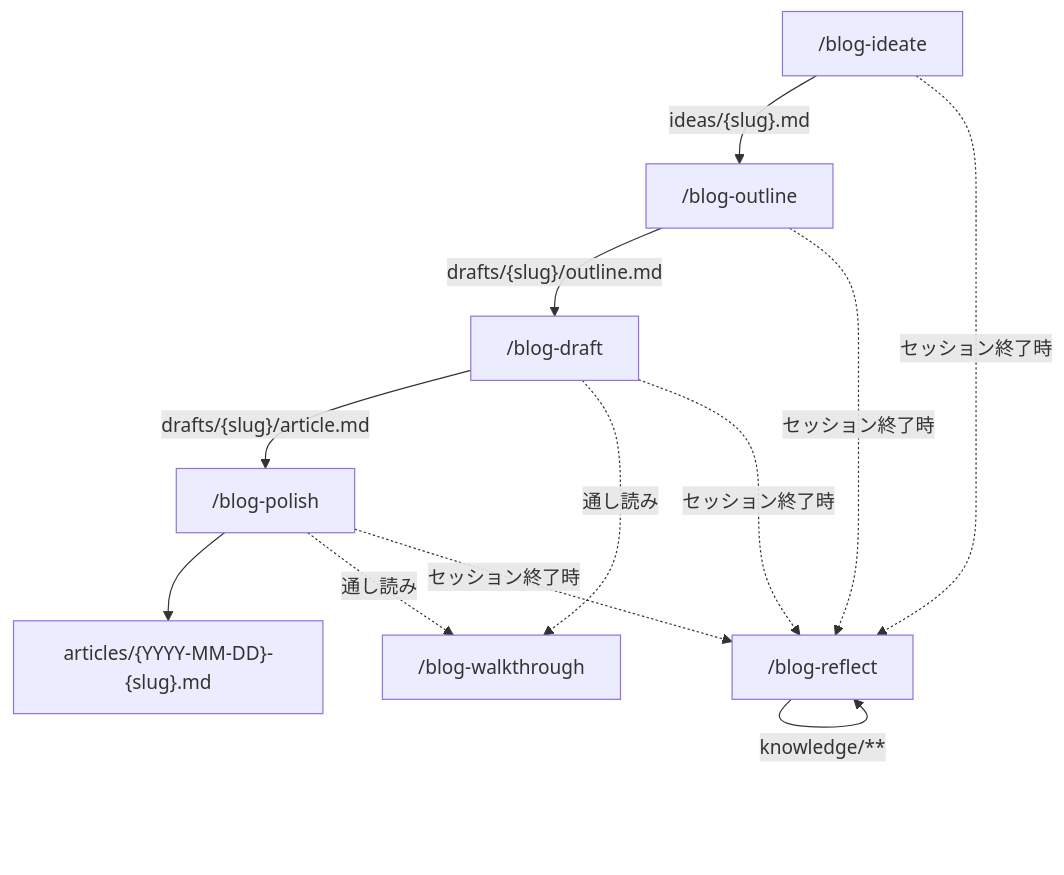
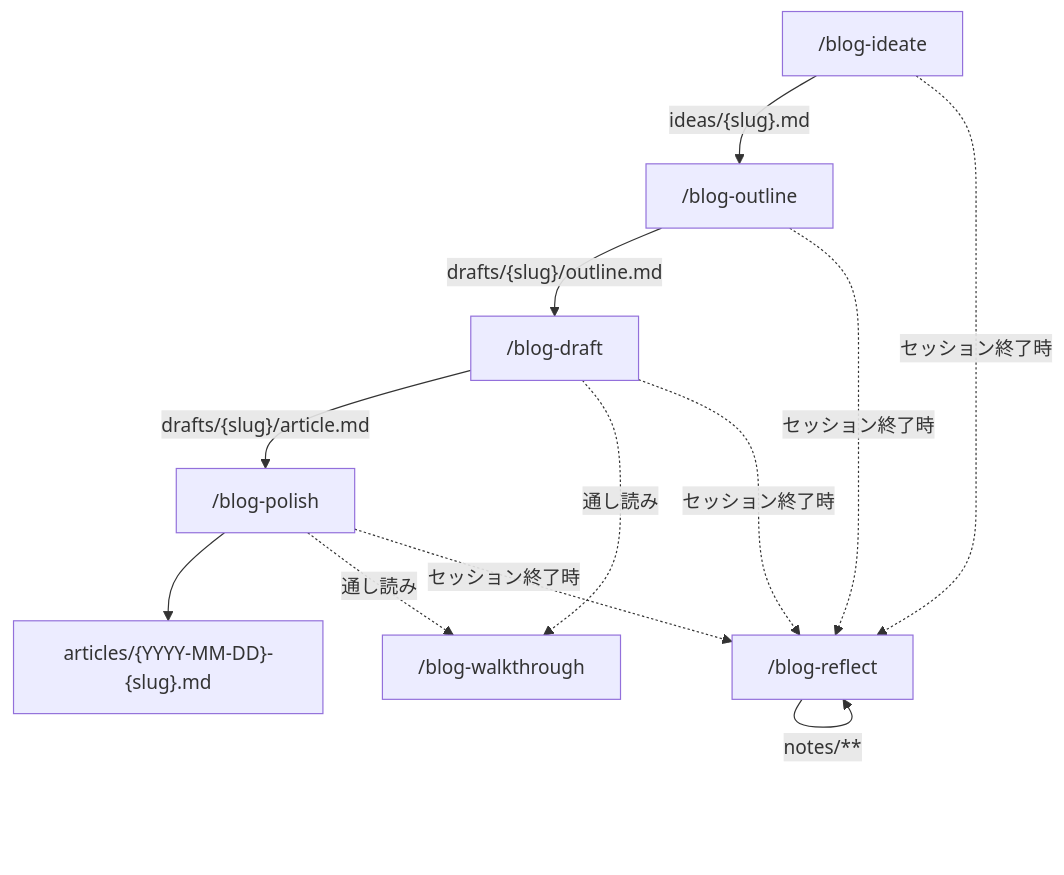
Before and after one commit to ysrkw/blogs: the first of 2 diagrams in docs/workflow.md, drawn with Mermaid. The commit also changed other lines of this file and 65 other files, not shown here.

````diff
--- a/docs/workflow.md
+++ b/docs/workflow.md
@@ -5,10 +9,10 @@
 ```mermaid
 flowchart TD
     A["/blog-ideate"] -->|"ideas/{slug}.md"| B["/blog-outline"]
     B -->|"drafts/{slug}/outline.md"| C["/blog-draft"]
     C -->|"drafts/{slug}/article.md"| D["/blog-polish"]
     D --> E["articles/{YYYY-MM-DD}-{slug}.md"]
     C & D -.->|"通し読み"| W["/blog-walkthrough"]
     A & B & C & D -.->|"セッション終了時"| R["/blog-reflect"]
-    R -->|"knowledge/**"| R
+    R -->|"notes/**"| R
 ```
````
